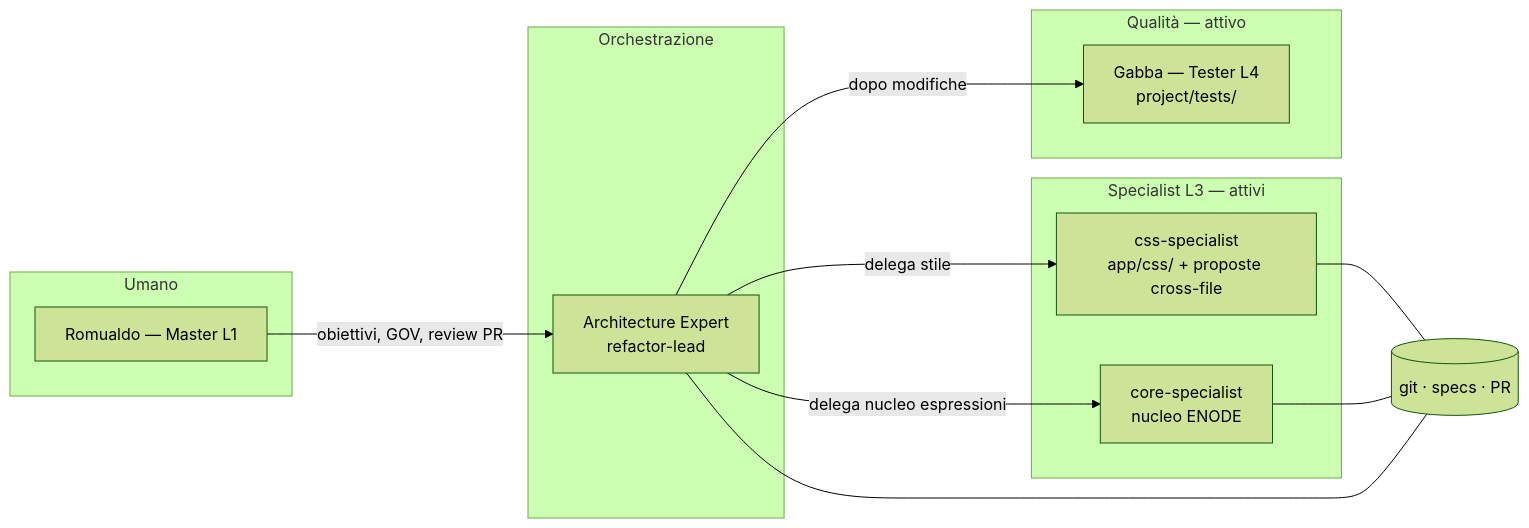
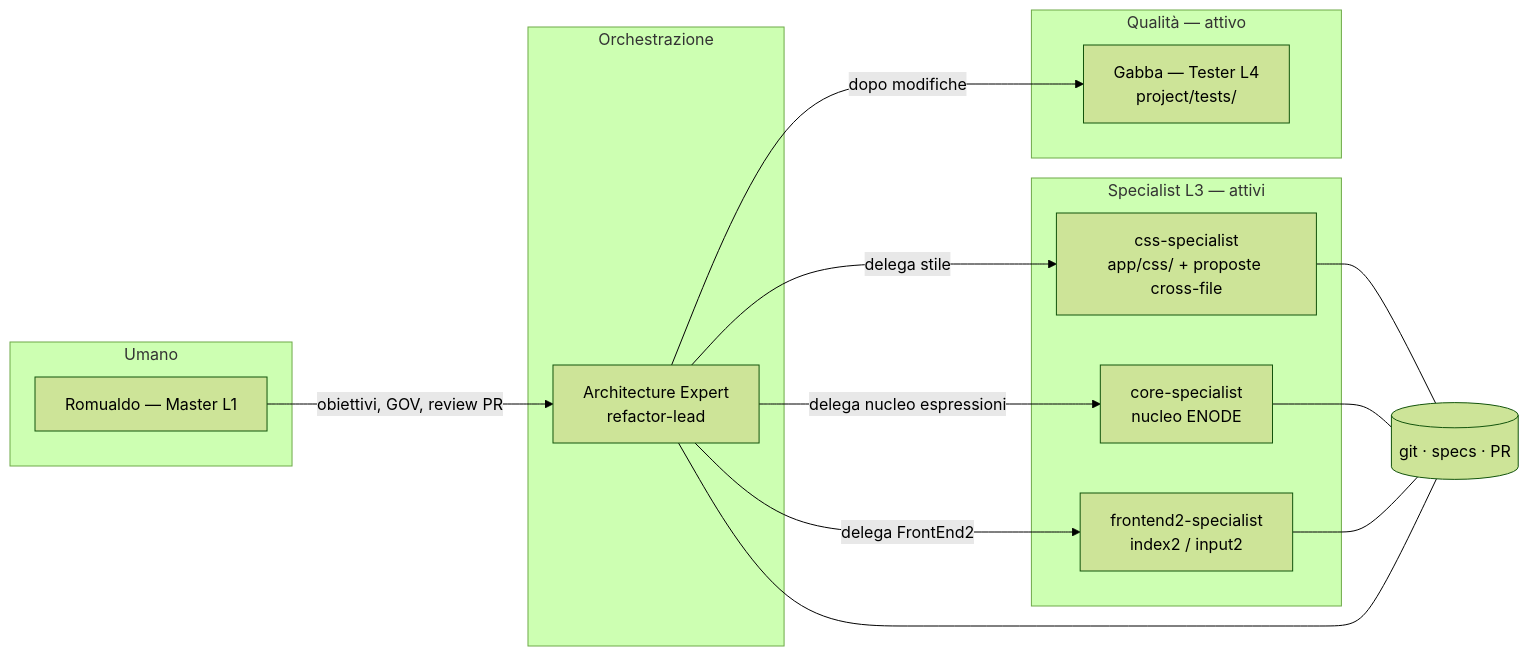
Before and after one commit to RomualdoGrillo/Aabacus: the second of 3 diagrams in project/Organization/organigramma.md, drawn with Mermaid (forest theme). The commit also changed other lines of this file and 14 other files, not shown here.

````diff
--- a/project/Organization/organigramma.md
+++ b/project/Organization/organigramma.md
@@ -38,27 +38,30 @@
 ```mermaid
 flowchart LR
   subgraph umano [Umano]
     R[Romualdo — Master L1]
   end
 
   subgraph orchestrazione [Orchestrazione]
     AR[Architecture Expert<br/>refactor-lead]
   end
 
   subgraph specialisti [Specialist L3 — attivi]
     CSS[css-specialist<br/>app/css/ + proposte cross-file]
     CORE[core-specialist<br/>nucleo ENODE]
+    FE2[frontend2-specialist<br/>index2 / input2]
   end
 
   subgraph qualita [Qualità — attivo]
     T[Gabba — Tester L4<br/>project/tests/]
   end
 
   R -->|obiettivi, GOV, review PR| AR
   AR -->|delega stile| CSS
   AR -->|delega nucleo espressioni| CORE
+  AR -->|delega FrontEnd2| FE2
   AR -->|dopo modifiche| T
   CSS --- Git[(git · specs · PR)]
   CORE --- Git
+  FE2 --- Git
   AR --- Git
 ```
````
